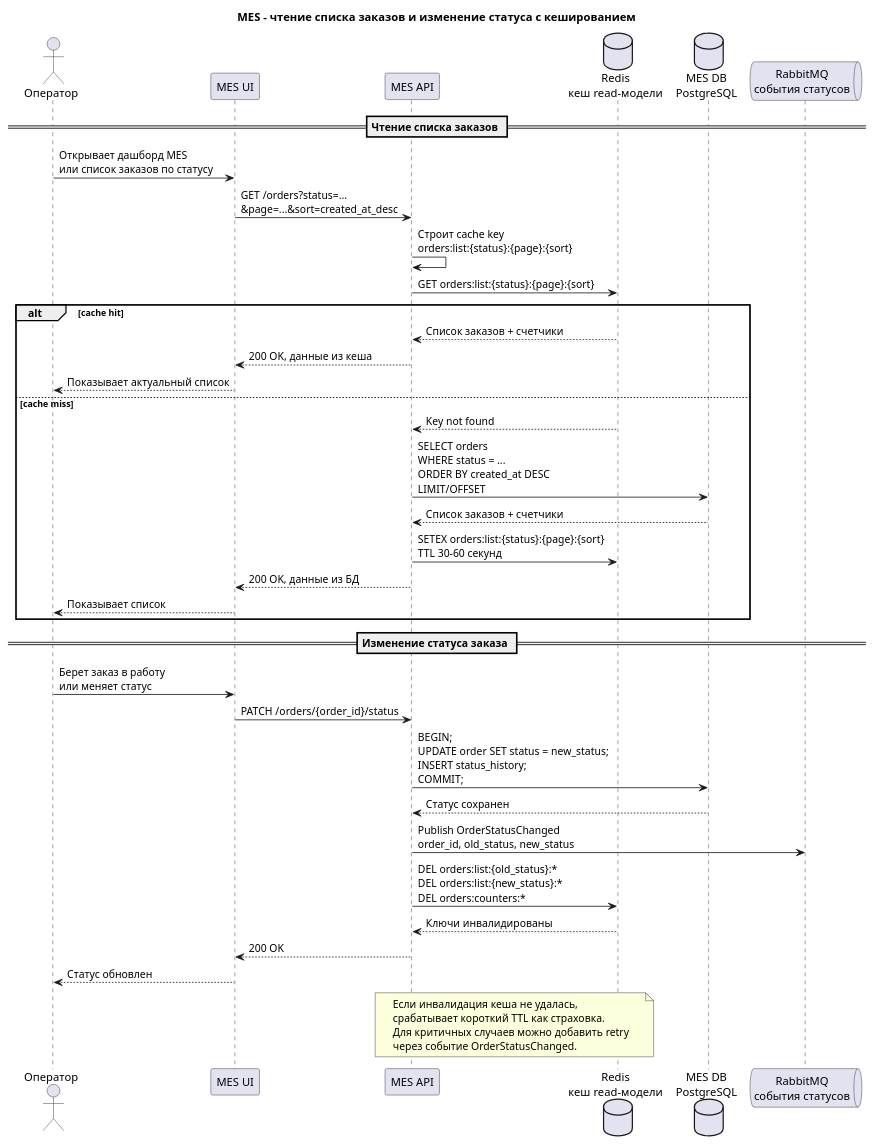
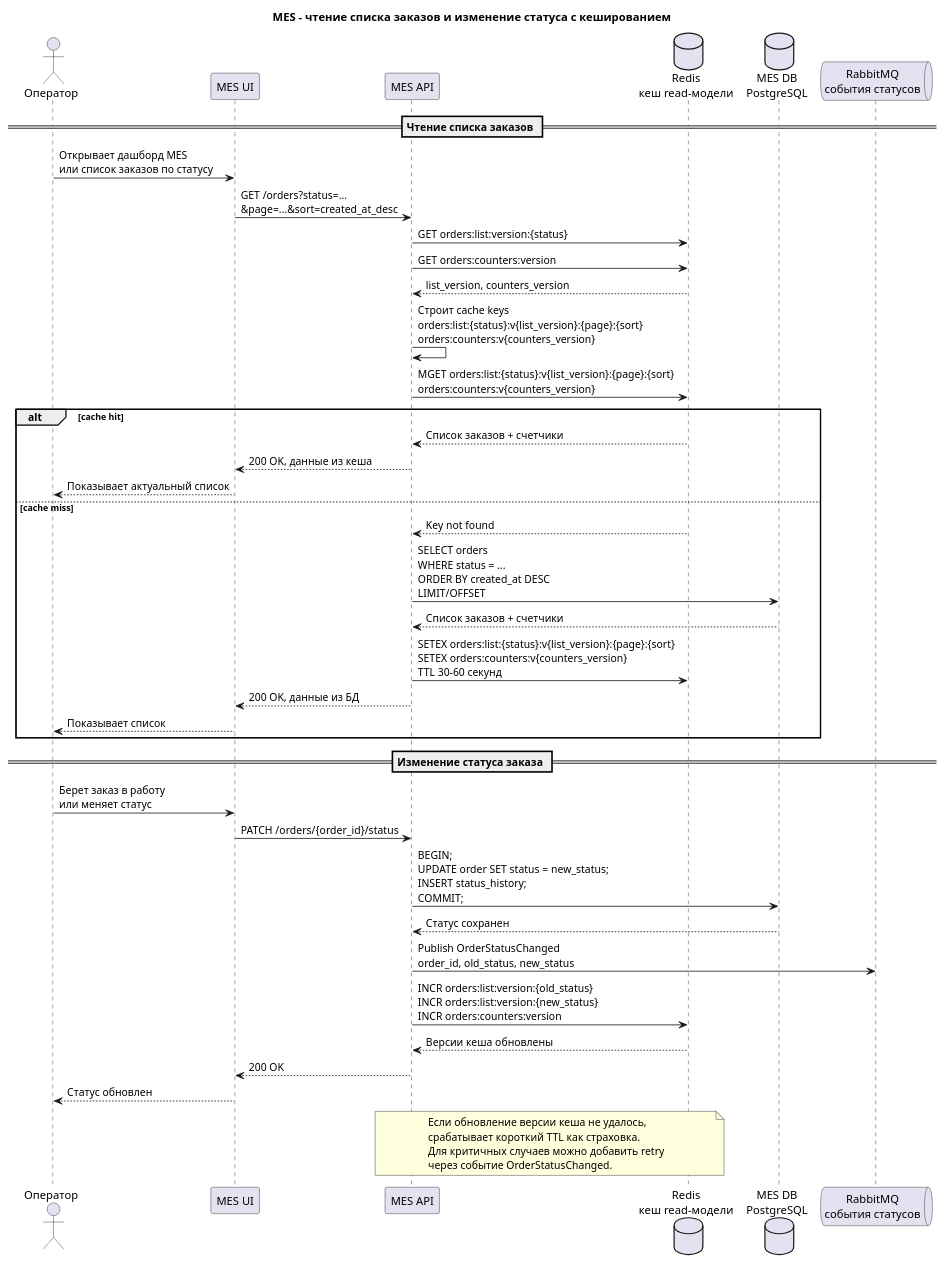
The diagram in Task5/mes_orders_cache_sequence.puml (Meeluck/architecture-alexandrite), drawn with PlantUML before and after one commit. The commit also changed 6 other files, not shown here.

```diff
--- a/Task5/mes_orders_cache_sequence.puml
+++ b/Task5/mes_orders_cache_sequence.puml
@@ -1,50 +1,53 @@
 @startuml mes_orders_cache_sequence
 title MES - чтение списка заказов и изменение статуса с кешированием
 
 actor "Оператор" as Operator
 participant "MES UI" as UI
 participant "MES API" as API
 database "Redis\nкеш read-модели" as Cache
 database "MES DB\nPostgreSQL" as DB
 queue "RabbitMQ\nсобытия статусов" as MQ
 
 == Чтение списка заказов ==
 
 Operator -> UI: Открывает дашборд MES\nили список заказов по статусу
 UI -> API: GET /orders?status=...\n&page=...&sort=created_at_desc
-API -> API: Строит cache key\norders:list:{status}:{page}:{sort}
-API -> Cache: GET orders:list:{status}:{page}:{sort}
+API -> Cache: GET orders:list:version:{status}
+API -> Cache: GET orders:counters:version
+Cache --> API: list_version, counters_version
+API -> API: Строит cache keys\norders:list:{status}:v{list_version}:{page}:{sort}\norders:counters:v{counters_version}
+API -> Cache: MGET orders:list:{status}:v{list_version}:{page}:{sort}\norders:counters:v{counters_version}
 
 alt cache hit
   Cache --> API: Список заказов + счетчики
   API --> UI: 200 OK, данные из кеша
   UI --> Operator: Показывает актуальный список
 else cache miss
   Cache --> API: Key not found
   API -> DB: SELECT orders\nWHERE status = ...\nORDER BY created_at DESC\nLIMIT/OFFSET
   DB --> API: Список заказов + счетчики
-  API -> Cache: SETEX orders:list:{status}:{page}:{sort}\nTTL 30-60 секунд
+  API -> Cache: SETEX orders:list:{status}:v{list_version}:{page}:{sort}\nSETEX orders:counters:v{counters_version}\nTTL 30-60 секунд
   API --> UI: 200 OK, данные из БД
   UI --> Operator: Показывает список
 end
 
 == Изменение статуса заказа ==
 
 Operator -> UI: Берет заказ в работу\nили меняет статус
 UI -> API: PATCH /orders/{order_id}/status
 API -> DB: BEGIN;\nUPDATE order SET status = new_status;\nINSERT status_history;\nCOMMIT;
 DB --> API: Статус сохранен
 API -> MQ: Publish OrderStatusChanged\norder_id, old_status, new_status
-API -> Cache: DEL orders:list:{old_status}:*\nDEL orders:list:{new_status}:*\nDEL orders:counters:*
-Cache --> API: Ключи инвалидированы
+API -> Cache: INCR orders:list:version:{old_status}\nINCR orders:list:version:{new_status}\nINCR orders:counters:version
+Cache --> API: Версии кеша обновлены
 API --> UI: 200 OK
 UI --> Operator: Статус обновлен
 
 note over API, Cache
-Если инвалидация кеша не удалась,
+Если обновление версии кеша не удалось,
 срабатывает короткий TTL как страховка.
 Для критичных случаев можно добавить retry
 через событие OrderStatusChanged.
 end note
 
 @enduml
```
